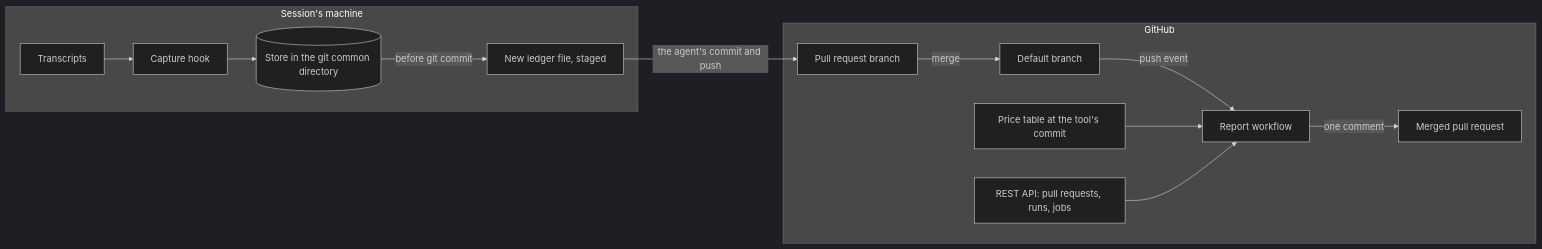
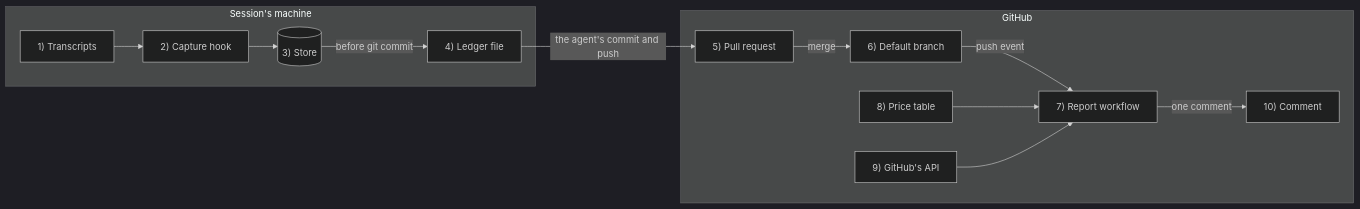
Before and after one commit to niko-kotiniemi-oss/agentic-pr-cost-calculator: the first of 10 diagrams in docs/how-it-works.md, drawn with Mermaid (dark theme). The commit also changed other lines of this file and 10 other files, not shown here.

First line of the commit message:
Number and explain every diagram, and draw one on each feature page

````diff
--- a/docs/how-it-works.md
+++ b/docs/how-it-works.md
@@ -121,16 +11,16 @@
 ```mermaid
 flowchart LR
-  subgraph machine["Session's machine"]
-    T[Transcripts] --> H[Capture hook]
-    H --> S[(Store in the git common directory)]
-    S -->|before git commit| L[New ledger file, staged]
+  subgraph M["Session's machine"]
+    T["1) Transcripts"] --> H["2) Capture hook"]
+    H --> S[("3) Store")]
+    S -->|before git commit| L["4) Ledger file"]
   end
-  L -->|the agent's commit and push| PR[Pull request branch]
-  subgraph github["GitHub"]
-    PR -->|merge| M[Default branch]
-    M -->|push event| R[Report workflow]
-    P[Price table at the tool's commit] --> R
-    A[REST API: pull requests, runs, jobs] --> R
-    R -->|one comment| C[Merged pull request]
+  L -->|the agent's commit and push| PR["5) Pull request"]
+  subgraph G["GitHub"]
+    PR -->|merge| D["6) Default branch"]
+    D -->|push event| R["7) Report workflow"]
+    P["8) Price table"] --> R
+    A["9) GitHub's API"] --> R
+    R -->|one comment| C["10) Comment"]
   end
 ```
````
